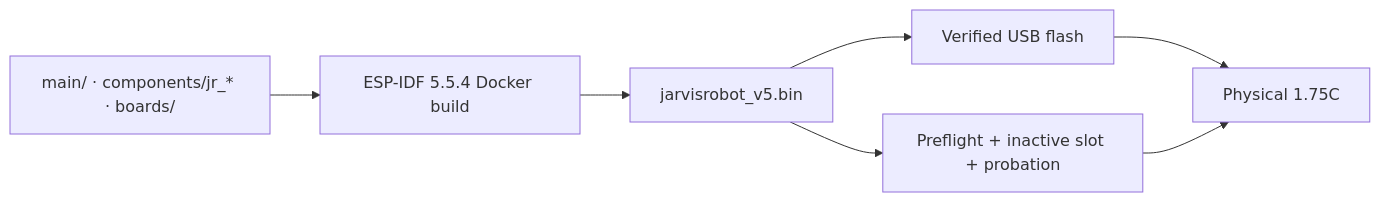
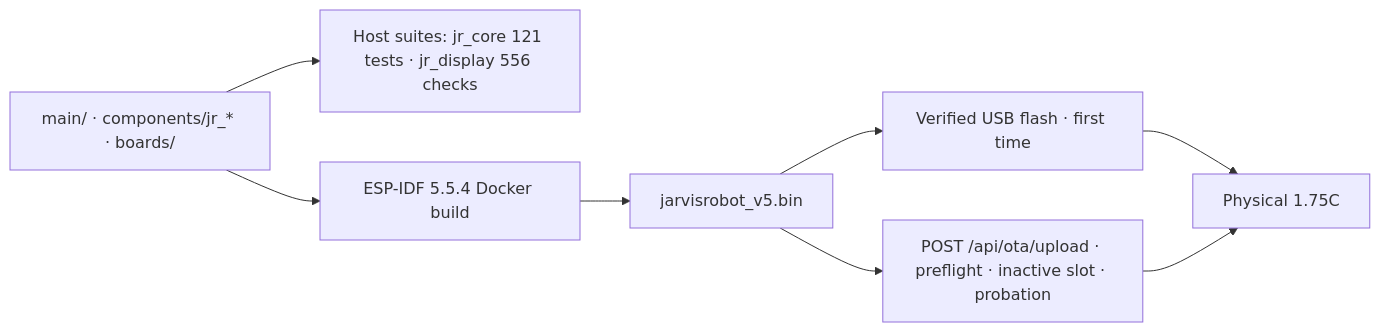
Before and after one commit to PascalAI2024/JarvisNano: the fifth of 5 diagrams in docs/ARCHITECTURE.md, drawn with Mermaid. The commit also changed other lines of this file and 17 other files, not shown here.

````diff
--- a/docs/ARCHITECTURE.md
+++ b/docs/ARCHITECTURE.md
@@ -226,13 +304,15 @@
 ```mermaid
 flowchart LR
     Source[main/ · components/jr_* · boards/]
+    Host[Host suites: jr_core 121 tests · jr_display 556 checks]
     Docker[ESP-IDF 5.5.4 Docker build]
     Image[jarvisrobot_v5.bin]
-    USB[Verified USB flash]
-    OTA[Preflight + inactive slot + probation]
+    USB[Verified USB flash · first time]
+    OTA[POST /api/ota/upload · preflight · inactive slot · probation]
     Device[Physical 1.75C]
 
+    Source --> Host
     Source --> Docker --> Image
     Image --> USB --> Device
     Image --> OTA --> Device
 ```
````
